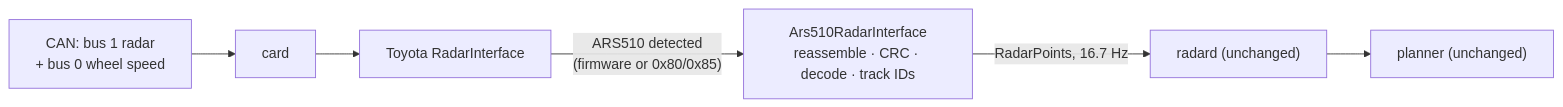
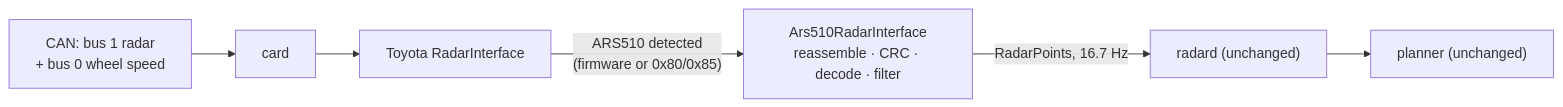
One commit to ds-sebastian/ars510-radar changed the diagram in README.md. Above: the diagram before and after it, drawn with Mermaid. The commit also changed other lines of this file and 10 other files, not shown here.

````diff
--- a/README.md
+++ b/README.md
@@ -39,6 +102,6 @@
 ```mermaid
 flowchart LR
     CAN["CAN: bus 1 radar<br/>+ bus 0 wheel speed"] --> card --> RI["Toyota RadarInterface"]
-    RI -- "ARS510 detected<br/>(firmware or 0x80/0x85)" --> A["Ars510RadarInterface<br/>reassemble · CRC · decode · track IDs"]
+    RI -- "ARS510 detected<br/>(firmware or 0x80/0x85)" --> A["Ars510RadarInterface<br/>reassemble · CRC · decode · filter"]
     A -- "RadarPoints, 16.7 Hz" --> radard["radard (unchanged)"] --> planner["planner (unchanged)"]
 ```
````
